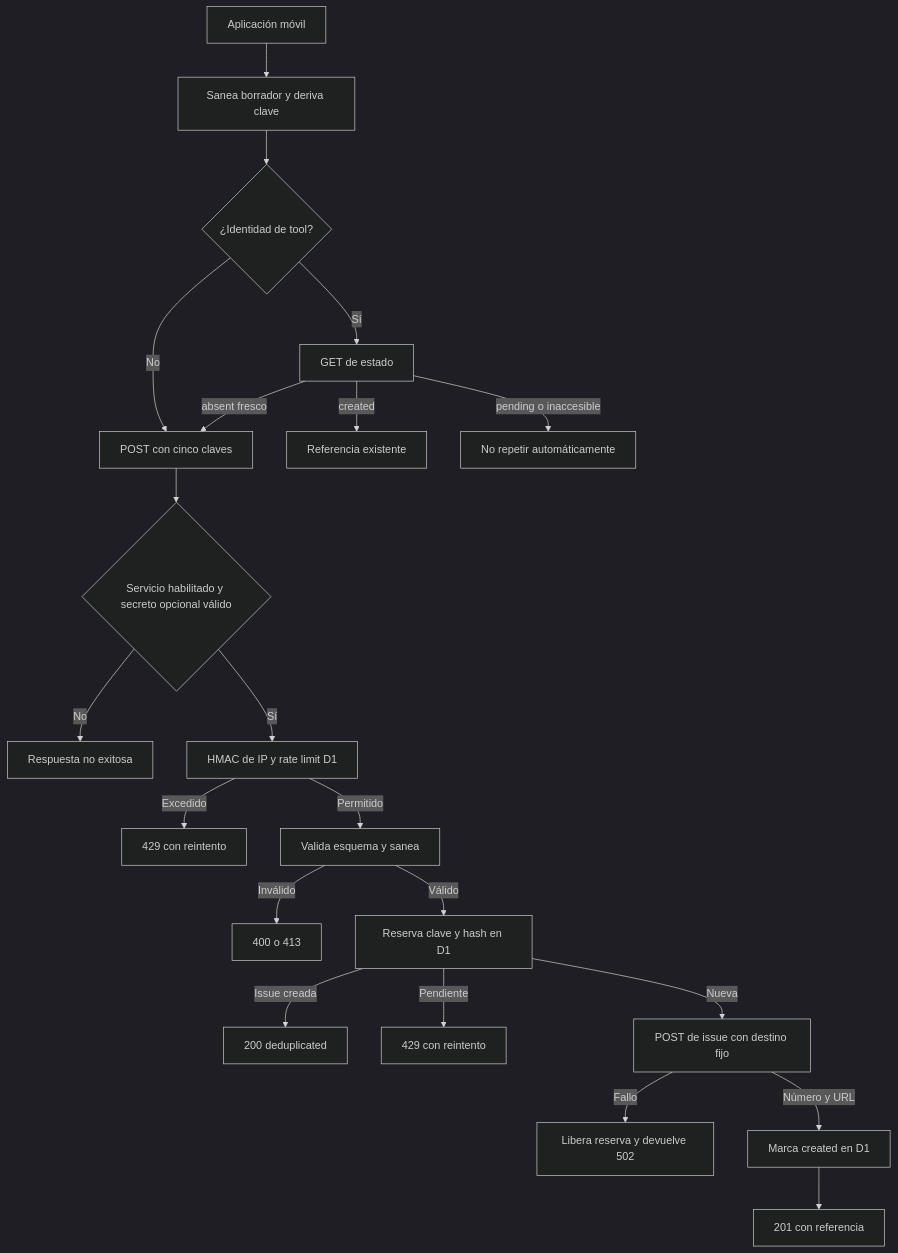
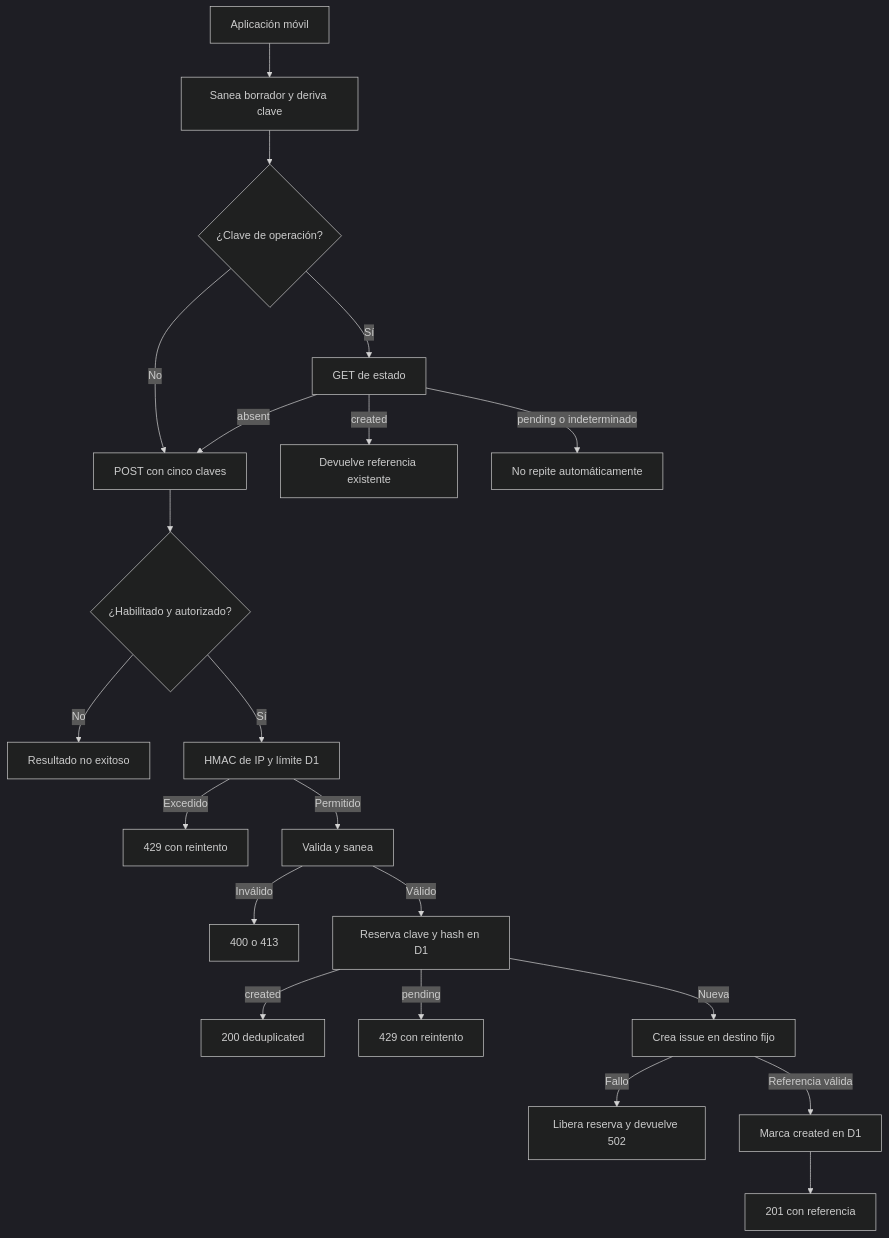
One commit to maximofn/gymnasia changed the diagram in openwiki/services/feedback-worker.md. Above: the diagram before and after it, drawn with Mermaid (dark theme). The commit also changed other lines of this file and 54 other files, not shown here.

````diff
--- a/openwiki/services/feedback-worker.md
+++ b/openwiki/services/feedback-worker.md
@@ -90,23 +75,23 @@
 ```mermaid
 flowchart TD
     App["Aplicación móvil"] --> Draft["Sanea borrador y deriva clave"]
-    Draft --> Kind{"¿Identidad de tool?"}
-    Kind -->|"Sí"| Status["GET de estado"]
-    Kind -->|"No"| Post
-    Status -->|"created"| StatusCreated["Referencia existente"]
-    Status -->|"pending o inaccesible"| Stop["No repetir automáticamente"]
-    Status -->|"absent fresco"| Post
-    Post["POST con cinco claves"] --> Gate{"Servicio habilitado y secreto opcional válido"}
-    Gate -- "No" --> Unavailable["Respuesta no exitosa"]
-    Gate -- "Sí" --> Limit["HMAC de IP y rate limit D1"]
-    Limit -- "Excedido" --> Limited["429 con reintento"]
-    Limit -- "Permitido" --> Validate["Valida esquema y sanea"]
-    Validate -- "Inválido" --> Rejected["400 o 413"]
-    Validate -- "Válido" --> Reserve["Reserva clave y hash en D1"]
-    Reserve -- "Issue creada" --> Existing["200 deduplicated"]
-    Reserve -- "Pendiente" --> Pending["429 con reintento"]
-    Reserve -- "Nueva" --> GitHub["POST de issue con destino fijo"]
-    GitHub -- "Fallo" --> Release["Libera reserva y devuelve 502"]
-    GitHub -- "Número y URL" --> Complete["Marca created en D1"]
+    Draft --> Operation{"¿Clave de operación?"}
+    Operation -->|"Sí"| Status["GET de estado"]
+    Operation -->|"No"| Post["POST con cinco claves"]
+    Status -->|"created"| Existing["Devuelve referencia existente"]
+    Status -->|"pending o indeterminado"| Stop["No repite automáticamente"]
+    Status -->|"absent"| Post
+    Post --> Gate{"¿Habilitado y autorizado?"}
+    Gate -->|"No"| Unavailable["Resultado no exitoso"]
+    Gate -->|"Sí"| Limit["HMAC de IP y límite D1"]
+    Limit -->|"Excedido"| Limited["429 con reintento"]
+    Limit -->|"Permitido"| Validate["Valida y sanea"]
+    Validate -->|"Inválido"| Rejected["400 o 413"]
+    Validate -->|"Válido"| Reserve["Reserva clave y hash en D1"]
+    Reserve -->|"created"| Duplicate["200 deduplicated"]
+    Reserve -->|"pending"| Pending["429 con reintento"]
+    Reserve -->|"Nueva"| GitHub["Crea issue en destino fijo"]
+    GitHub -->|"Fallo"| Release["Libera reserva y devuelve 502"]
+    GitHub -->|"Referencia válida"| Complete["Marca created en D1"]
     Complete --> Created["201 con referencia"]
 ```
````
